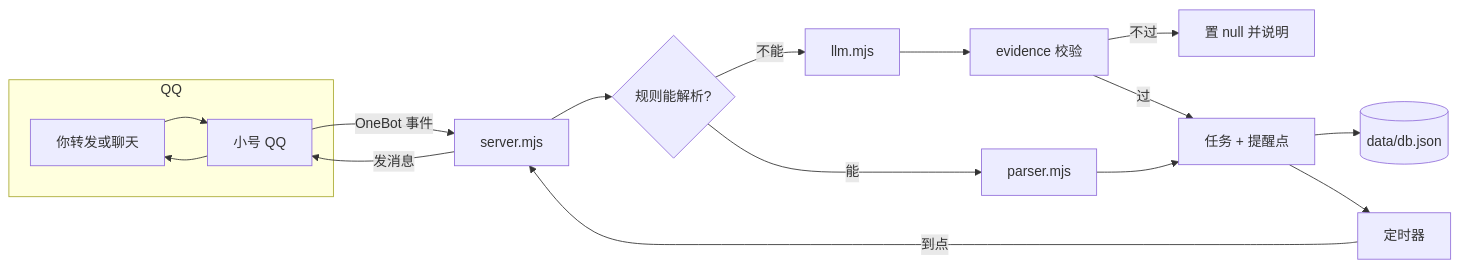
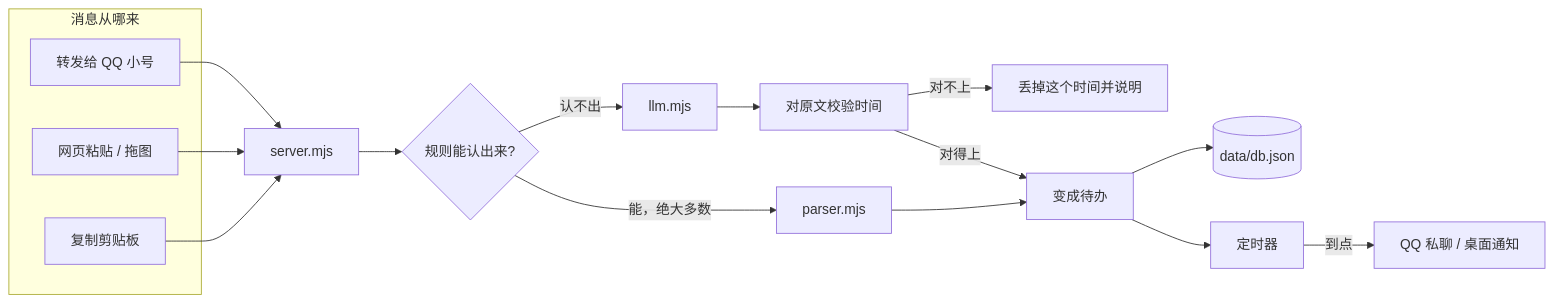
The diagram in README.md (wu75009-bot/todo-reminder), drawn with Mermaid before and after one commit. The commit also changed other lines of this file and 2 other files, not shown here.

````diff
--- a/README.md
+++ b/README.md
@@ -53,20 +258,24 @@
 ```mermaid
 flowchart LR
-    subgraph QQ["QQ"]
-        A[你转发或聊天] --> B[小号 QQ]
+    subgraph IN["消息从哪来"]
+        A1[转发给 QQ 小号]
+        A2[网页粘贴 / 拖图]
+        A3[复制剪贴板]
     end
 
-    B -->|OneBot 事件| C[server.mjs]
-    C --> D{规则能解析?}
-    D -->|能| E[parser.mjs]
-    D -->|不能| F[llm.mjs]
-    F --> G[evidence 校验]
-    G -->|不过| H[置 null 并说明]
-    G -->|过| I[任务 + 提醒点]
+    A1 --> B[server.mjs]
+    A2 --> B
+    A3 --> B
+
+    B --> D{规则能认出来?}
+    D -->|能，绝大多数| E[parser.mjs]
+    D -->|认不出| F[llm.mjs]
+    F --> G[对原文校验时间]
+    G -->|对不上| H[丢掉这个时间并说明]
+    G -->|对得上| I[变成待办]
     E --> I
+
     I --> J[(data/db.json)]
     I --> K[定时器]
-    K -->|到点| C
-    C -->|发消息| B
-    B --> A
+    K -->|到点| L[QQ 私聊 / 桌面通知]
 ```
````
